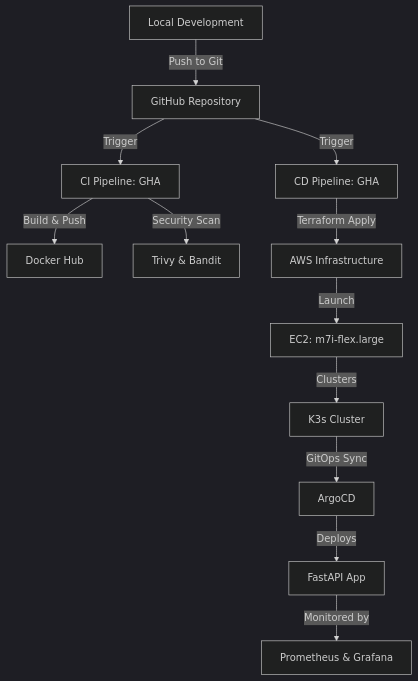
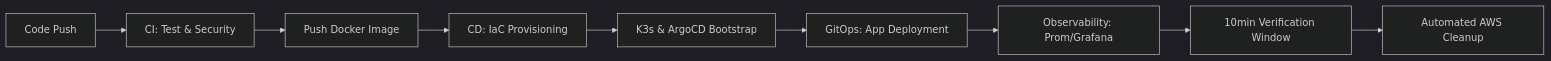
Before and after one commit to thomasasamba-bot/fastapi-ci-cd-project: the diagram in README.md, drawn with Mermaid (dark theme). The commit also changed other lines of this file, not shown here.

````diff
--- a/README.md
+++ b/README.md
@@ -14,14 +13,11 @@
 ```mermaid
-graph TD
-    A[Local Development] -->|Push to Git| B[GitHub Repository]
-    B -->|Trigger| C[CI Pipeline: GHA]
-    C -->|Build & Push| D[Docker Hub]
-    C -->|Security Scan| E[Trivy & Bandit]
-    B -->|Trigger| F[CD Pipeline: GHA]
-    F -->|Terraform Apply| G[AWS Infrastructure]
-    G -->|Launch| H[EC2: m7i-flex.large]
-    H -->|Clusters| I[K3s Cluster]
-    I -->|GitOps Sync| J[ArgoCD]
-    J -->|Deploys| K[FastAPI App]
-    K -->|Monitored by| L[Prometheus & Grafana]
+graph LR
+    A[Code Push] --> B[CI: Test & Security]
+    B --> C[Push Docker Image]
+    C --> D[CD: IaC Provisioning]
+    D --> E[K3s & ArgoCD Bootstrap]
+    E --> F[GitOps: App Deployment]
+    F --> G[Observability: Prom/Grafana]
+    G --> H[10min Verification Window]
+    H --> I[Automated AWS Cleanup]
 ```
````
